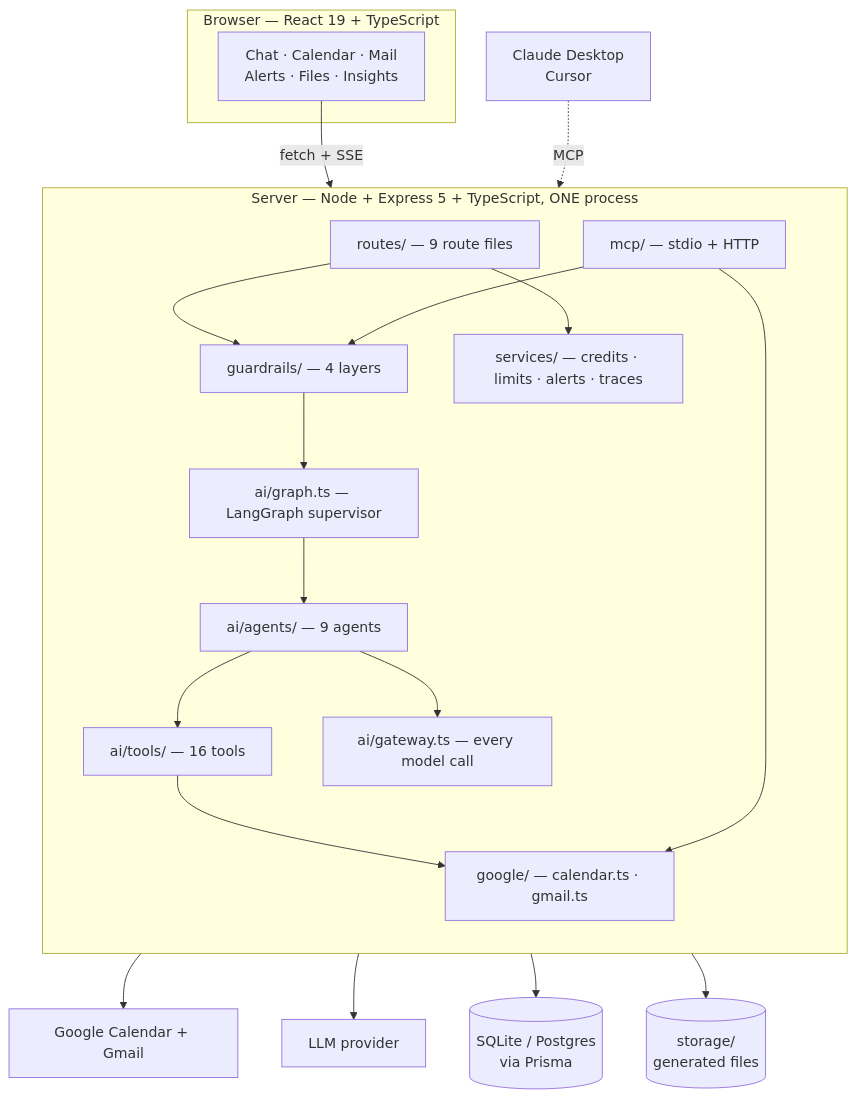
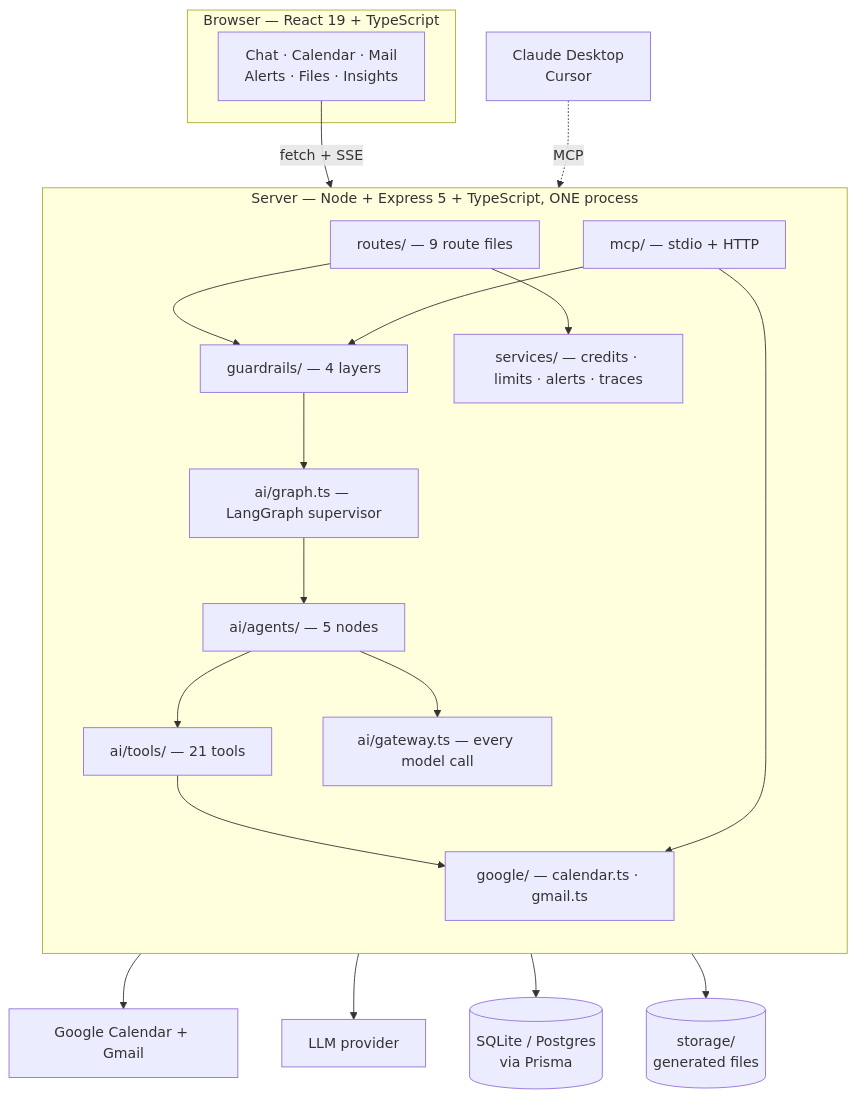
Before and after one commit to X-Rachit-X/AI_Secretary: the second of 4 diagrams in docs/01-OVERVIEW.md, drawn with Mermaid. The commit also changed other lines of this file and 27 other files, not shown here.

First line of the commit message:
refactor: content capabilities are tools, not agents — delete the plan scheduler

````diff
--- a/docs/01-OVERVIEW.md
+++ b/docs/01-OVERVIEW.md
@@ -104,34 +104,34 @@
 ```mermaid
 graph TB
     subgraph B["Browser — React 19 + TypeScript"]
         UI["Chat · Calendar · Mail<br/>Alerts · Files · Insights"]
     end
 
     subgraph S["Server — Node + Express 5 + TypeScript, ONE process"]
         direction TB
         RT["routes/ — 9 route files"]
         GD["guardrails/ — 4 layers"]
         GR["ai/graph.ts — LangGraph supervisor"]
-        AG["ai/agents/ — 9 agents"]
-        TL["ai/tools/ — 16 tools"]
+        AG["ai/agents/ — 5 nodes"]
+        TL["ai/tools/ — 21 tools"]
         GW["ai/gateway.ts — every model call"]
         GO["google/ — calendar.ts · gmail.ts"]
         SV["services/ — credits · limits · alerts · traces"]
         MC["mcp/ — stdio + HTTP"]
     end
 
     DB[("SQLite / Postgres<br/>via Prisma")]
     FS[("storage/<br/>generated files")]
     LLM["LLM provider"]
     GAPI["Google Calendar + Gmail"]
 
     UI -->|"fetch + SSE"| RT
     RT --> GD --> GR
     GR --> AG --> TL --> GO --> GAPI
     AG --> GW --> LLM
     RT --> SV --> DB
     AG --> FS
     MC --> GD
     MC --> GO
     HOST["Claude Desktop<br/>Cursor"] -.->|"MCP"| MC
 ```
````
